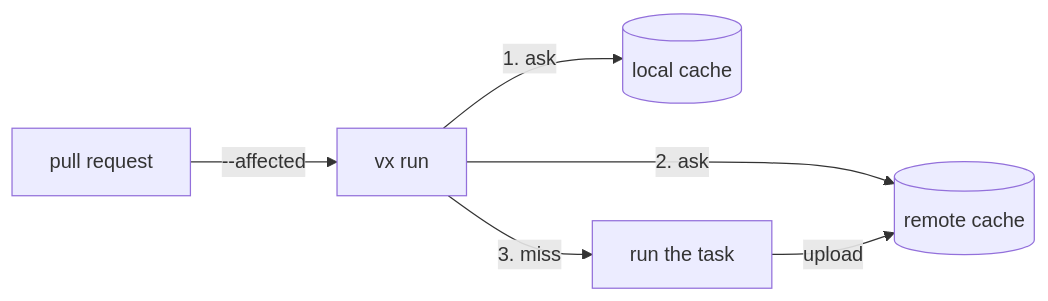
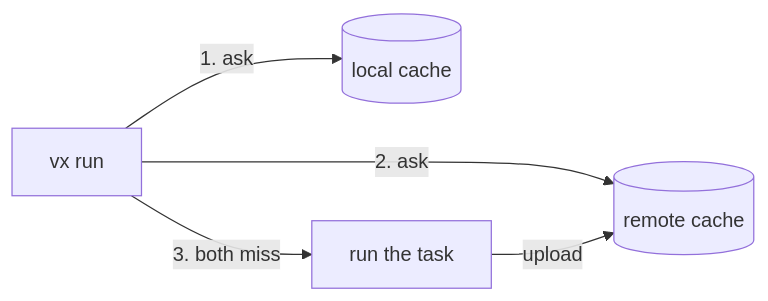
The diagram in private/vx-docs/src/content/docs/docs/remote-cache.mdx (vznjs/vx), drawn with Mermaid before and after one commit. The commit also changed other lines of this file and 18 other files, not shown here.

````diff
--- a/private/vx-docs/src/content/docs/docs/remote-cache.mdx
+++ b/private/vx-docs/src/content/docs/docs/remote-cache.mdx
@@ -12,8 +12,7 @@
 ```mermaid
 flowchart LR
-  PR["pull request"] -->|--affected| R["vx run"]
-  R -->|1. ask| L[(local cache)]
+  R["vx run"] -->|1. ask| L[(local cache)]
   R -->|2. ask| RC[(remote cache)]
-  R -->|3. miss| X["run the task"]
+  R -->|3. both miss| X["run the task"]
   X -->|upload| RC
 ```
````
